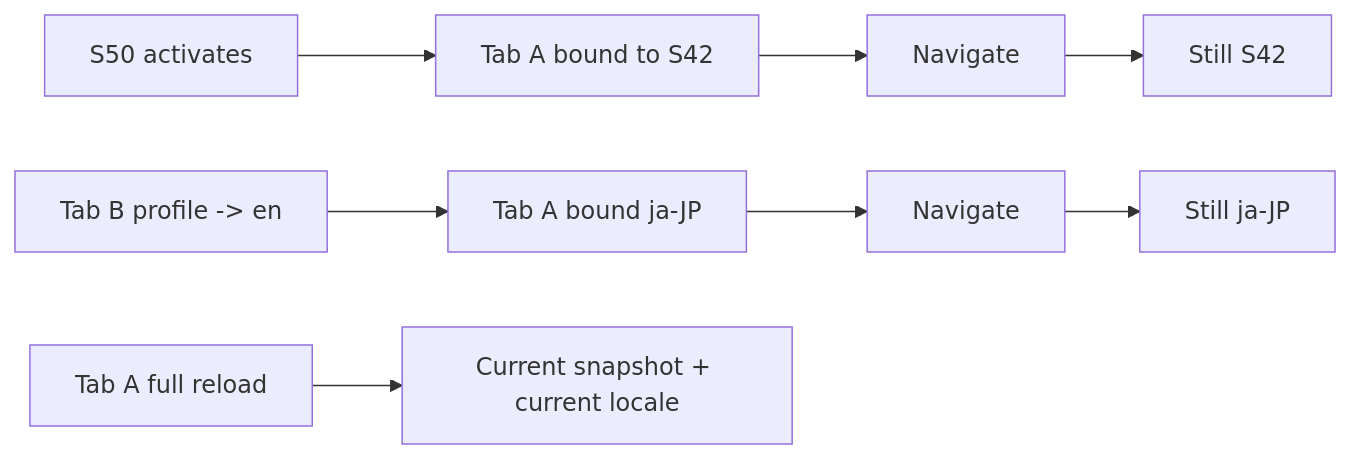
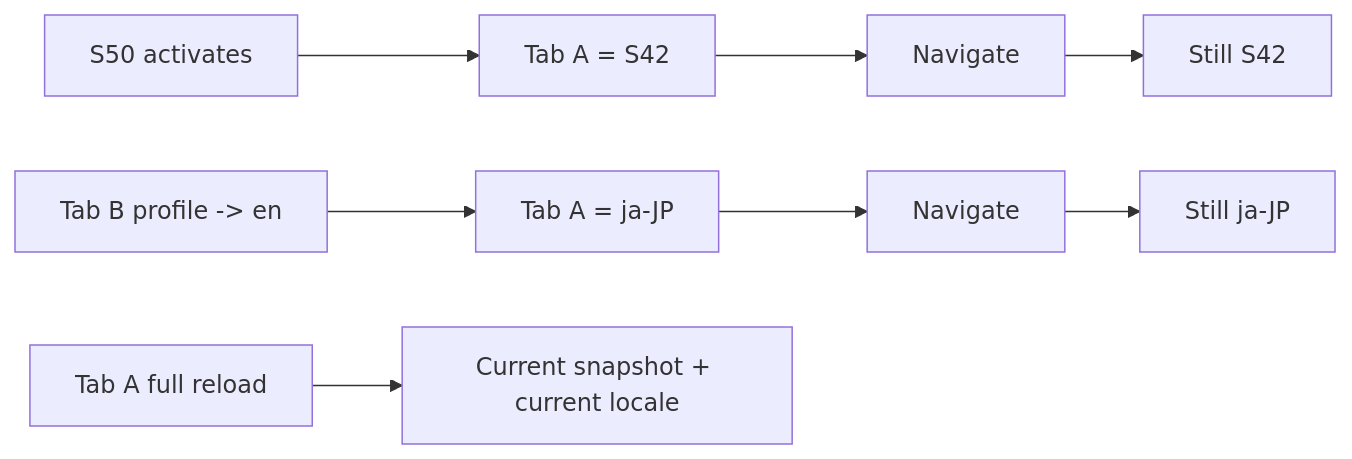
One commit to taskmigo/docs changed diagram 13 of 13 in content/versions/v0/developer/resource-runtime.mdx. Above: the diagram before and after it, drawn with Mermaid. The commit also changed other lines of this file, not shown here.

````diff
--- a/content/versions/v0/developer/resource-runtime.mdx
+++ b/content/versions/v0/developer/resource-runtime.mdx
@@ -284,12 +262,12 @@
 ```mermaid
 flowchart LR
-  activation["S50 activates"] --> tabA["Tab A bound to S42"]
+  activation["S50 activates"] --> tabA["Tab A = S42"]
   tabA --> nav["Navigate"]
   nav --> same["Still S42"]
 
-  language["Tab B profile -> en"] --> tabA2["Tab A bound ja-JP"]
+  language["Tab B profile -> en"] --> tabA2["Tab A = ja-JP"]
   tabA2 --> nav2["Navigate"]
   nav2 --> sameLocale["Still ja-JP"]
 
   reload["Tab A full reload"] --> latest["Current snapshot + current locale"]
 ```
````
